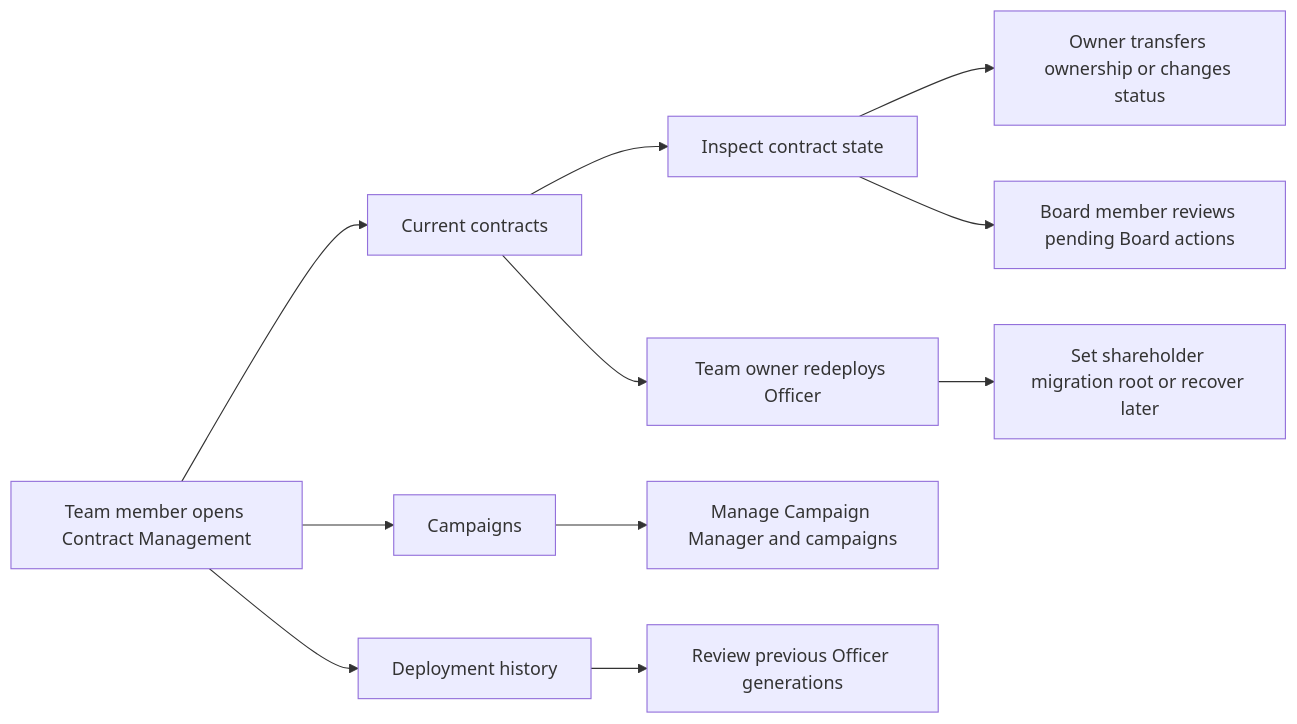
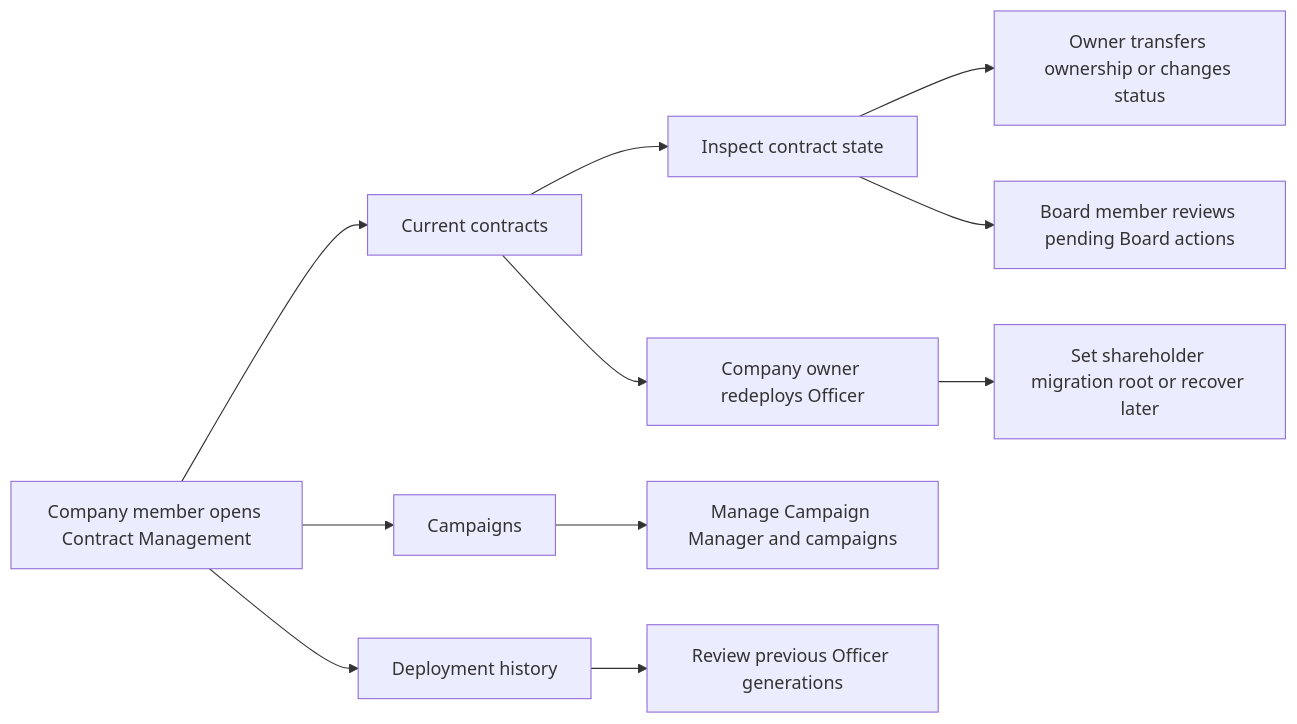
The diagram in docs/features/contract-management/README.md (globe-and-citizen/cnc-portal), drawn with Mermaid before and after one commit. The commit also changed other lines of this file and 11 other files, not shown here.

````diff
--- a/docs/features/contract-management/README.md
+++ b/docs/features/contract-management/README.md
@@ -26,15 +26,15 @@
 ```mermaid
 flowchart LR
-    Member[Team member opens Contract Management] --> Current[Current contracts]
+    Member[Company member opens Contract Management] --> Current[Current contracts]
     Member --> Campaigns[Campaigns]
     Member --> History[Deployment history]
 
     Current --> Inspect[Inspect contract state]
     Inspect --> Direct[Owner transfers ownership or changes status]
     Inspect --> Board[Board member reviews pending Board actions]
-    Current --> Redeploy[Team owner redeploys Officer]
+    Current --> Redeploy[Company owner redeploys Officer]
     Redeploy --> Migration[Set shareholder migration root or recover later]
 
     Campaigns --> CampaignManager[Manage Campaign Manager and campaigns]
     History --> Previous[Review previous Officer generations]
 ```
````
